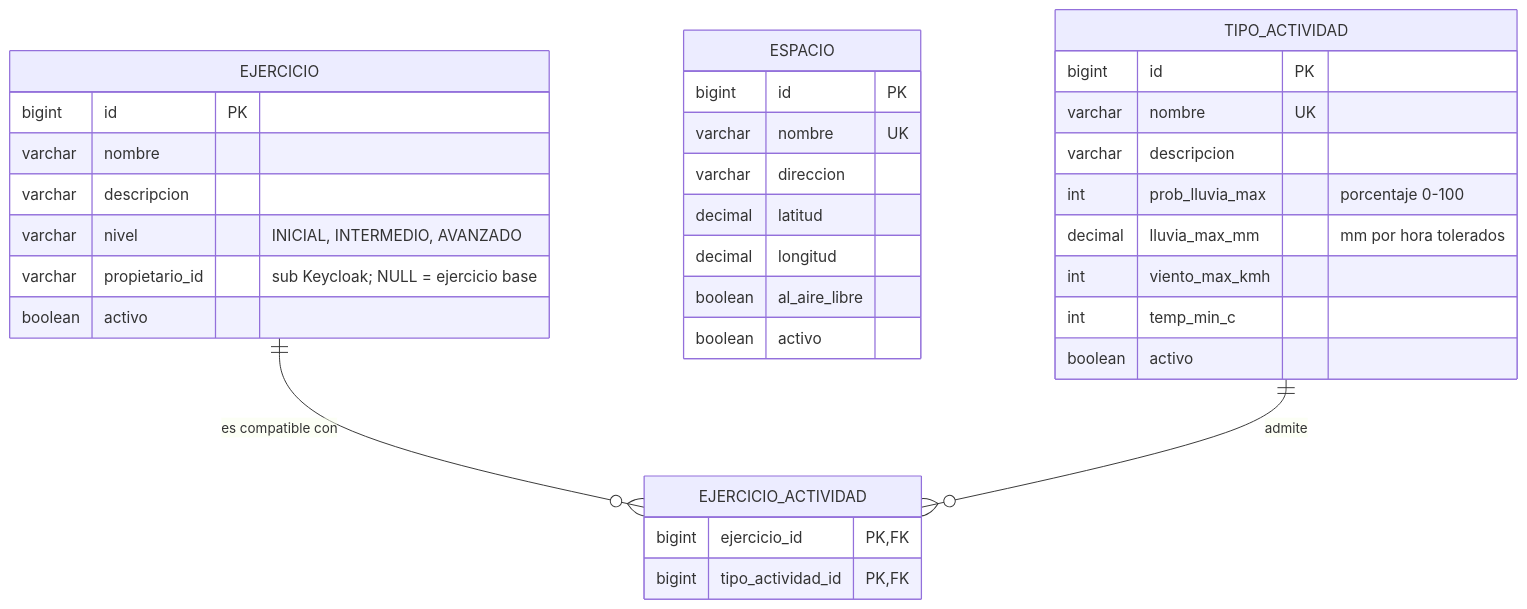
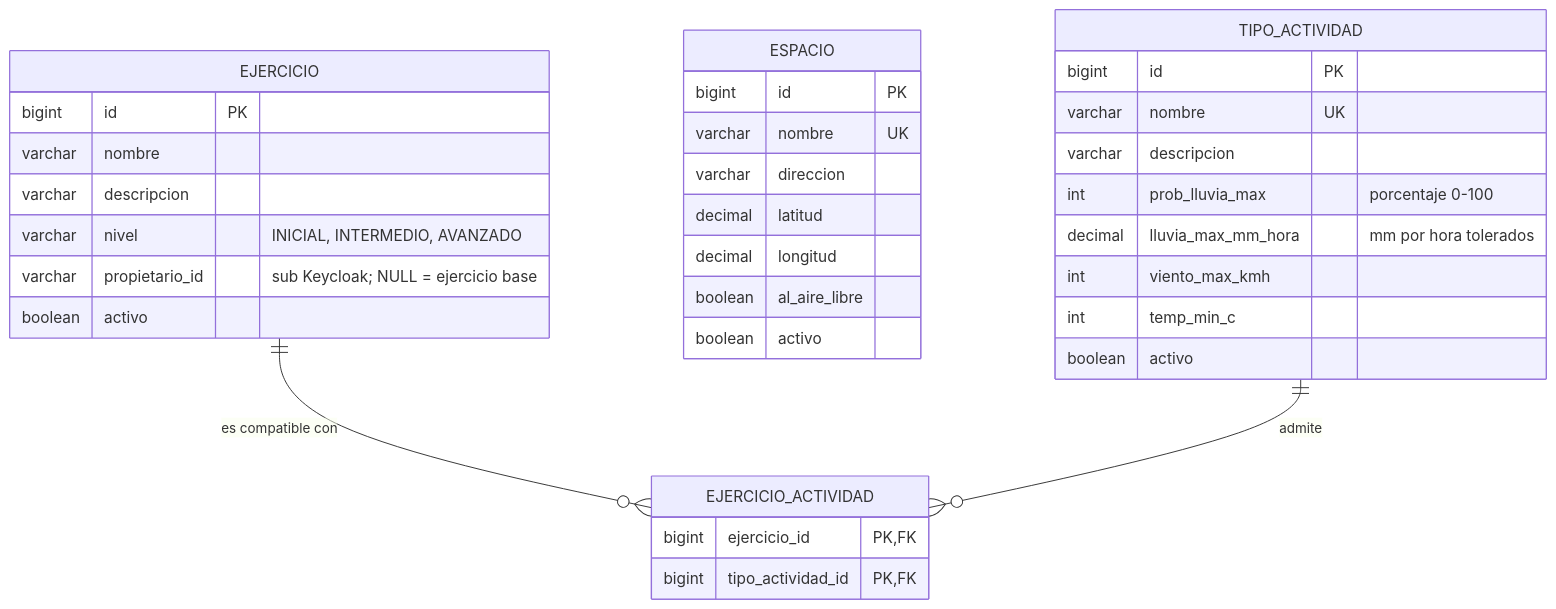
Before and after one commit to tomy91449/climafit: the diagram in docs/diagramas/der-actividades.mmd, drawn with Mermaid. The commit also changed 12 other files, not shown here.

```diff
--- a/docs/diagramas/der-actividades.mmd
+++ b/docs/diagramas/der-actividades.mmd
@@ -1,35 +1,35 @@
 %% DER - actividades_db (administrada por ms-actividades)
 erDiagram
   TIPO_ACTIVIDAD {
     bigint id PK
     varchar nombre UK
     varchar descripcion
     int prob_lluvia_max "porcentaje 0-100"
-    decimal lluvia_max_mm "mm por hora tolerados"
+    decimal lluvia_max_mm_hora "mm por hora tolerados"
     int viento_max_kmh
     int temp_min_c
     boolean activo
   }
   ESPACIO {
     bigint id PK
     varchar nombre UK
     varchar direccion
     decimal latitud
     decimal longitud
     boolean al_aire_libre
     boolean activo
   }
   EJERCICIO {
     bigint id PK
     varchar nombre
     varchar descripcion
     varchar nivel "INICIAL, INTERMEDIO, AVANZADO"
     varchar propietario_id "sub Keycloak; NULL = ejercicio base"
     boolean activo
   }
   EJERCICIO_ACTIVIDAD {
     bigint ejercicio_id PK, FK
     bigint tipo_actividad_id PK, FK
   }
   EJERCICIO ||--o{ EJERCICIO_ACTIVIDAD : "es compatible con"
   TIPO_ACTIVIDAD ||--o{ EJERCICIO_ACTIVIDAD : "admite"
```
